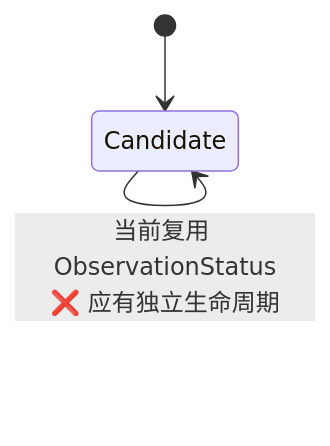
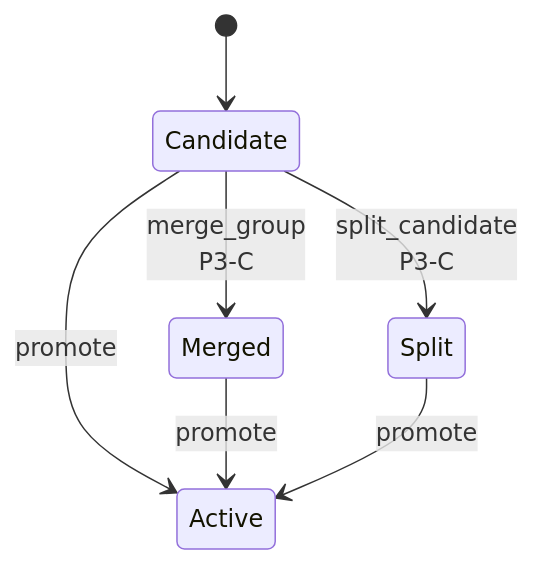
One commit to neostfox/sonny changed the sixth of 6 diagrams in .ctl/spec/backend/index.md. Above: the diagram before and after it, drawn with Mermaid. The commit also changed other lines of this file and 19 other files, not shown here.

````diff
--- a/.ctl/spec/backend/index.md
+++ b/.ctl/spec/backend/index.md
@@ -145,5 +151,9 @@
 ```mermaid
 stateDiagram-v2
     [*] --> Candidate
-    Candidate --> Candidate : 当前复用 ObservationStatus<br/>❌ 应有独立生命周期
+    Candidate --> Merged : merge_group<br/>P3-C
+    Candidate --> Split : split_candidate<br/>P3-C
+    Candidate --> Active : promote
+    Merged --> Active : promote
+    Split --> Active : promote
 ```
````
